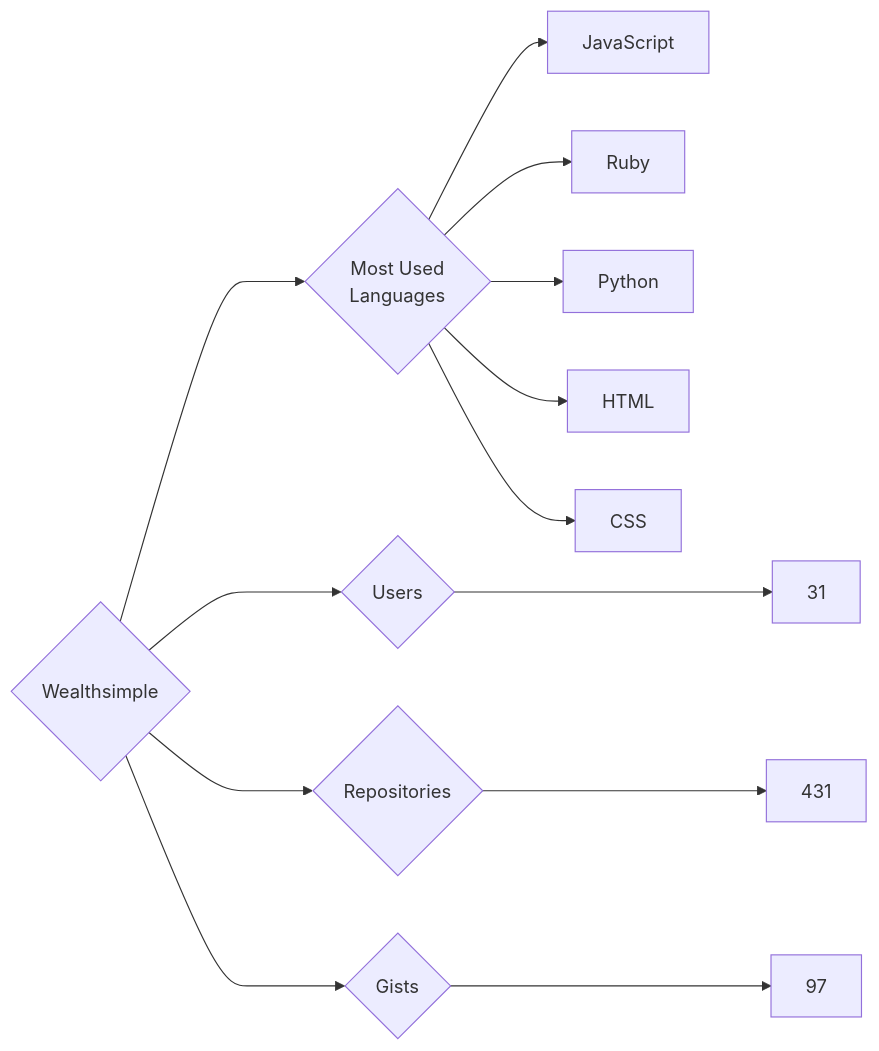
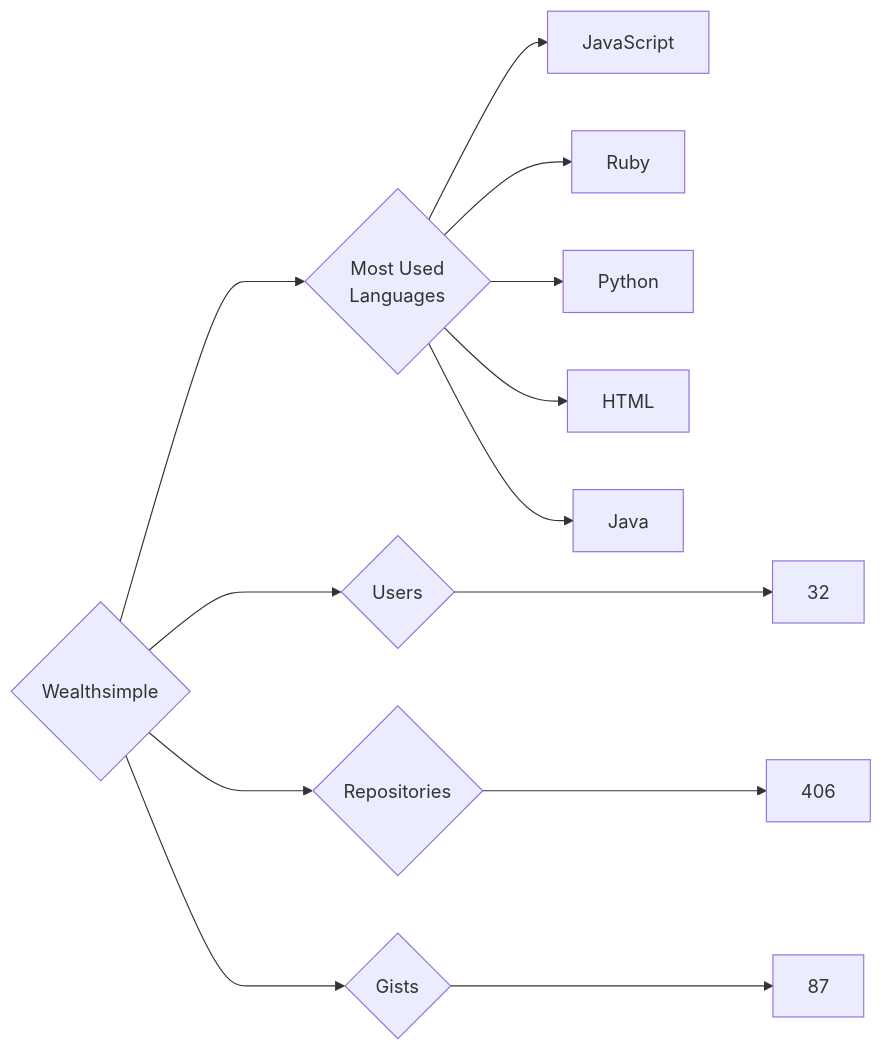
One commit to trickest/insiders changed the diagram in targets/Wealthsimple/README.md. Above: the diagram before and after it, drawn with Mermaid. The commit also changed 1484 other files, not shown here.

````diff
--- a/targets/Wealthsimple/README.md
+++ b/targets/Wealthsimple/README.md
@@ -3,13 +3,13 @@
 ```mermaid
 graph LR
 COMPANY_NAME{Wealthsimple}
-COMPANY_NAME ---> U{Users} ---> UN[31]
-COMPANY_NAME ---> R{Repositories} ---> RN[431]
-COMPANY_NAME ---> G{Gists} ---> GN[97]
+COMPANY_NAME ---> U{Users} ---> UN[32]
+COMPANY_NAME ---> R{Repositories} ---> RN[406]
+COMPANY_NAME ---> G{Gists} ---> GN[87]
 COMPANY_NAME ---> ML{Most Used<br>Languages}
 ML --> JavaScript[JavaScript]
 ML --> Ruby[Ruby]
 ML --> Python[Python]
 ML --> HTML[HTML]
-ML --> CSS[CSS]
+ML --> Java[Java]
 ```
````
